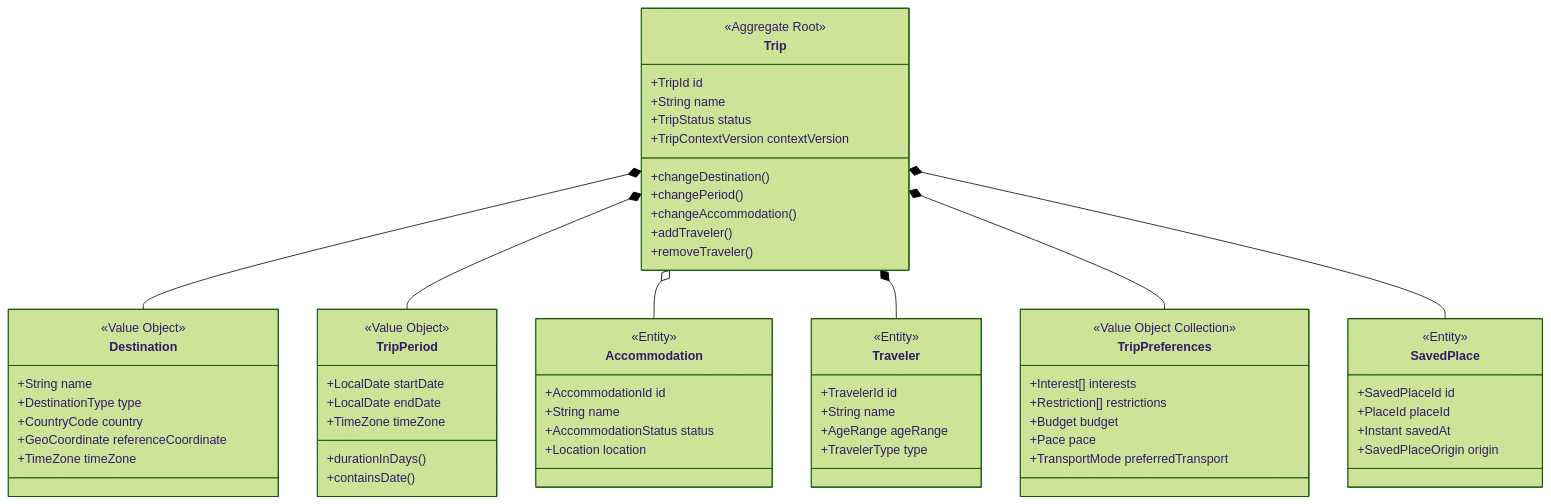
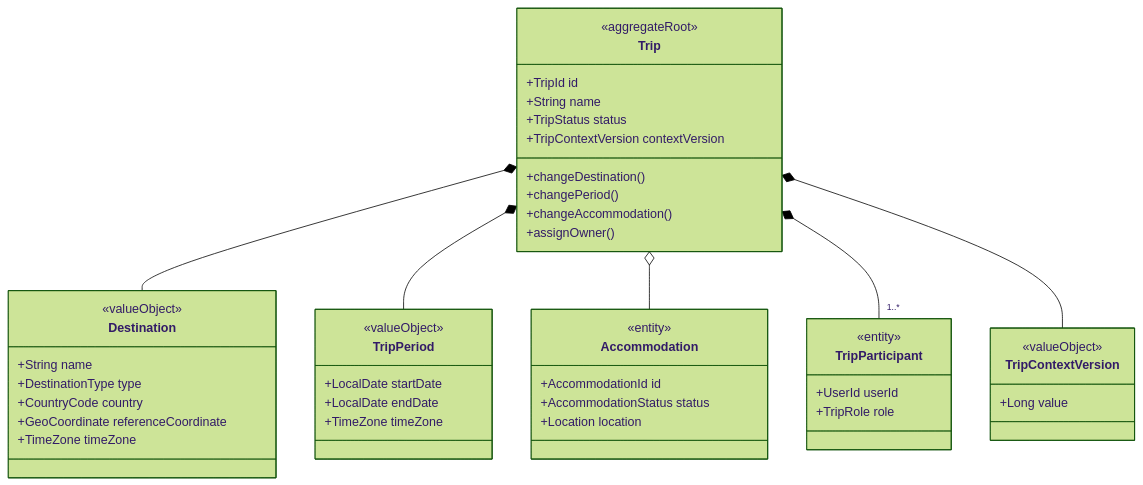
The fifth of 17 diagrams in docs/domain/domain-model.md (collapsy/Routebook), drawn with Mermaid (forest theme) before and after one commit. The commit also changed other lines of this file and 1 other file, not shown here.

````diff
--- a/docs/domain/domain-model.md
+++ b/docs/domain/domain-model.md
@@ -970,73 +914,54 @@
 ```mermaid
 classDiagram
     class Trip {
-        <<Aggregate Root>>
+        <<aggregateRoot>>
         +TripId id
         +String name
         +TripStatus status
         +TripContextVersion contextVersion
         +changeDestination()
         +changePeriod()
         +changeAccommodation()
-        +addTraveler()
-        +removeTraveler()
+        +assignOwner()
     }
 
     class Destination {
-        <<Value Object>>
+        <<valueObject>>
         +String name
         +DestinationType type
         +CountryCode country
         +GeoCoordinate referenceCoordinate
         +TimeZone timeZone
     }
 
     class TripPeriod {
-        <<Value Object>>
+        <<valueObject>>
         +LocalDate startDate
         +LocalDate endDate
         +TimeZone timeZone
-        +durationInDays()
-        +containsDate()
     }
 
     class Accommodation {
-        <<Entity>>
+        <<entity>>
         +AccommodationId id
-        +String name
         +AccommodationStatus status
         +Location location
     }
 
-    class Traveler {
-        <<Entity>>
-        +TravelerId id
-        +String name
-        +AgeRange ageRange
-        +TravelerType type
+    class TripParticipant {
+        <<entity>>
+        +UserId userId
+        +TripRole role
     }
 
-    class TripPreferences {
-        <<Value Object Collection>>
-        +Interest[] interests
-        +Restriction[] restrictions
-        +Budget budget
-        +Pace pace
-        +TransportMode preferredTransport
-    }
-
-    class SavedPlace {
-        <<Entity>>
-        +SavedPlaceId id
-        +PlaceId placeId
-        +Instant savedAt
-        +SavedPlaceOrigin origin
+    class TripContextVersion {
+        <<valueObject>>
+        +Long value
     }
 
     Trip *-- Destination
     Trip *-- TripPeriod
     Trip o-- Accommodation
-    Trip *-- Traveler
-    Trip *-- TripPreferences
-    Trip *-- SavedPlace
+    Trip *-- "1..*" TripParticipant
+    Trip *-- TripContextVersion
 ```
````
